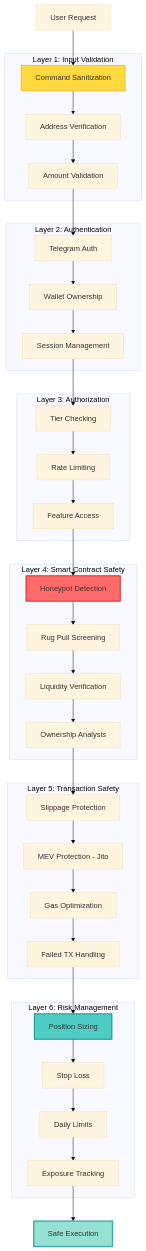
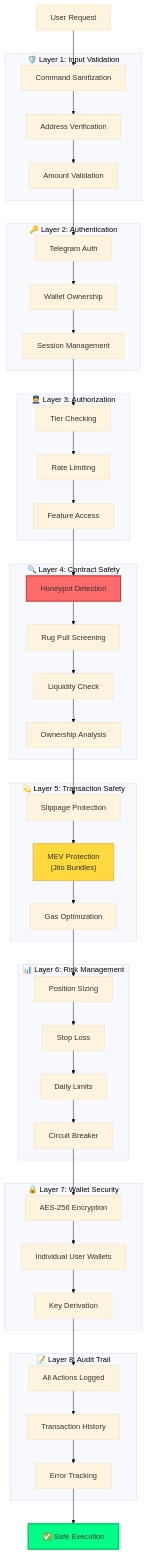
The fourth of 9 diagrams in README.md (blablablasealsaresoft/TGPrediction), drawn with Mermaid (base theme) before and after one commit. The commit also changed other lines of this file, not shown here.

````diff
--- a/README.md
+++ b/README.md
@@ -878,75 +323,66 @@
 ```mermaid
 graph TB
-    subgraph "Layer 1: Input Validation"
-        L1A[Command Sanitization]
-        L1B[Address Verification]
-        L1C[Amount Validation]
+    subgraph "🛡️ Layer 1: Input Validation"
+        L1A["Command Sanitization"]
+        L1B["Address Verification"]
+        L1C["Amount Validation"]
     end
     
-    subgraph "Layer 2: Authentication"
-        L2A[Telegram Auth]
-        L2B[Wallet Ownership]
-        L2C[Session Management]
+    subgraph "🔑 Layer 2: Authentication"
+        L2A["Telegram Auth"]
+        L2B["Wallet Ownership"]
+        L2C["Session Management"]
     end
     
-    subgraph "Layer 3: Authorization"
-        L3A[Tier Checking]
-        L3B[Rate Limiting]
-        L3C[Feature Access]
+    subgraph "👮 Layer 3: Authorization"
+        L3A["Tier Checking"]
+        L3B["Rate Limiting"]
+        L3C["Feature Access"]
     end
     
-    subgraph "Layer 4: Smart Contract Safety"
-        L4A[Honeypot Detection]
-        L4B[Rug Pull Screening]
-        L4C[Liquidity Verification]
-        L4D[Ownership Analysis]
+    subgraph "🔍 Layer 4: Contract Safety"
+        L4A["Honeypot Detection"]
+        L4B["Rug Pull Screening"]
+        L4C["Liquidity Check"]
+        L4D["Ownership Analysis"]
     end
     
-    subgraph "Layer 5: Transaction Safety"
-        L5A[Slippage Protection]
-        L5B[MEV Protection - Jito]
-        L5C[Gas Optimization]
-        L5D[Failed TX Handling]
+    subgraph "💫 Layer 5: Transaction Safety"
+        L5A["Slippage Protection"]
+        L5B["MEV Protection<br/>(Jito Bundles)"]
+        L5C["Gas Optimization"]
     end
     
-    subgraph "Layer 6: Risk Management"
-        L6A[Position Sizing]
-        L6B[Stop Loss]
-        L6C[Daily Limits]
-        L6D[Exposure Tracking]
+    subgraph "📊 Layer 6: Risk Management"
+        L6A["Position Sizing"]
+        L6B["Stop Loss"]
+        L6C["Daily Limits"]
+        L6D["Circuit Breaker"]
     end
     
-    USER[User Request] --> L1A
-    L1A --> L1B
-    L1B --> L1C
+    subgraph "🔒 Layer 7: Wallet Security"
+        L7A["AES-256 Encryption"]
+        L7B["Individual User Wallets"]
+        L7C["Key Derivation"]
+    end
     
-    L1C --> L2A
-    L2A --> L2B
-    L2B --> L2C
+    subgraph "📝 Layer 8: Audit Trail"
+        L8A["All Actions Logged"]
+        L8B["Transaction History"]
+        L8C["Error Tracking"]
+    end
     
-    L2C --> L3A
-    L3A --> L3B
-    L3B --> L3C
+    INPUT["User Request"] --> L1A
+    L1A --> L1B --> L1C --> L2A
+    L2A --> L2B --> L2C --> L3A
+    L3A --> L3B --> L3C --> L4A
+    L4A --> L4B --> L4C --> L4D --> L5A
+    L5A --> L5B --> L5C --> L6A
+    L6A --> L6B --> L6C --> L6D --> L7A
+    L7A --> L7B --> L7C --> L8A
+    L8A --> L8B --> L8C --> OUTPUT["✅ Safe Execution"]
     
-    L3C --> L4A
-    L4A --> L4B
-    L4B --> L4C
-    L4C --> L4D
-    
-    L4D --> L5A
-    L5A --> L5B
-    L5B --> L5C
-    L5C --> L5D
-    
-    L5D --> L6A
-    L6A --> L6B
-    L6B --> L6C
-    L6C --> L6D
-    
-    L6D --> EXEC[Safe Execution]
-    
-    style L1A fill:#ffd93d,stroke:#f6b93b,stroke-width:2px
+    style OUTPUT fill:#00ff88,stroke:#00cc6a,stroke-width:3px
     style L4A fill:#ff6b6b,stroke:#c92a2a,stroke-width:2px
-    style L6A fill:#4ecdc4,stroke:#0f8b8d,stroke-width:2px
-    style EXEC fill:#95e1d3,stroke:#38ada9,stroke-width:3px
+    style L5B fill:#ffd93d,stroke:#f6b93b,stroke-width:2px
 ```
````
